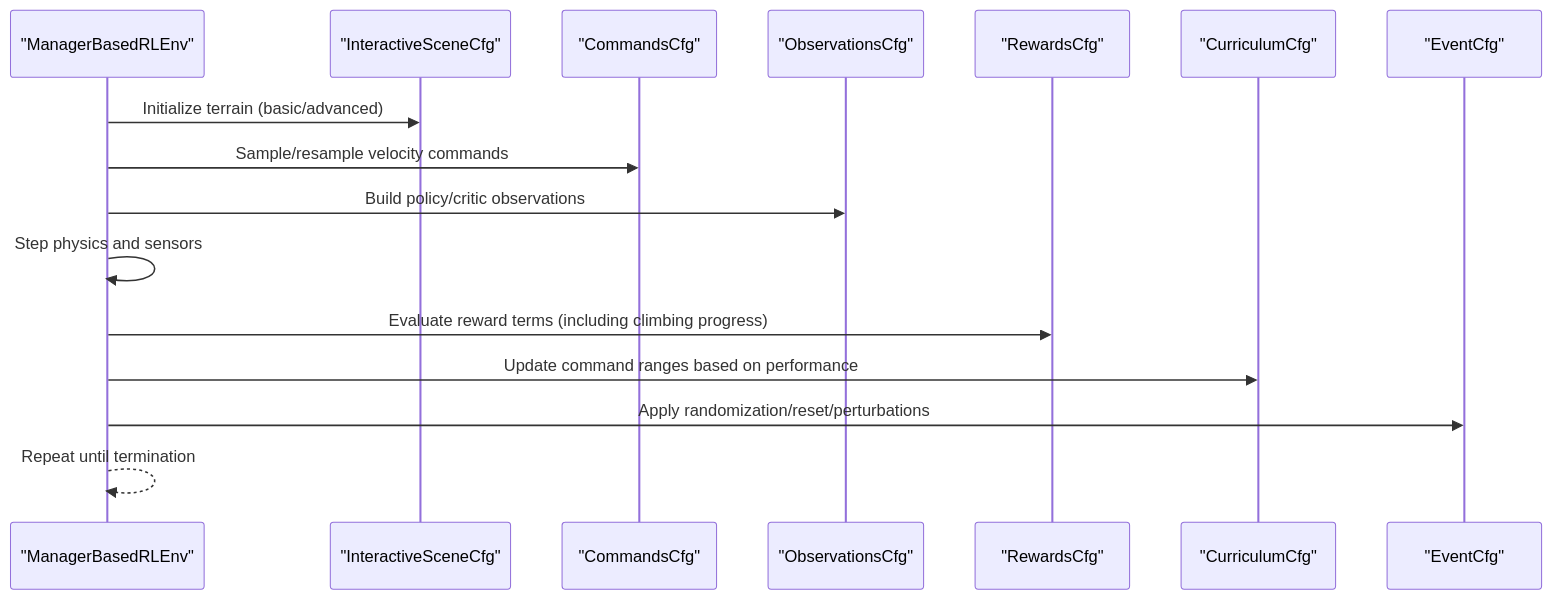
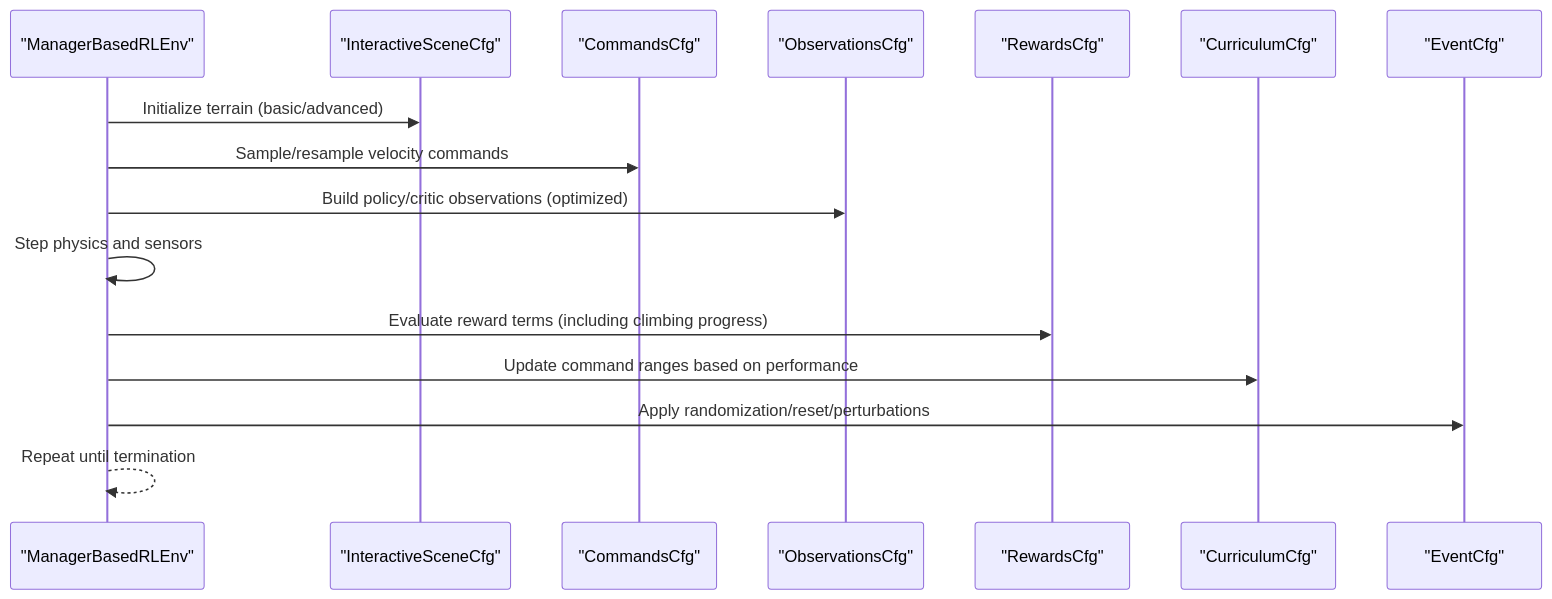
One commit to jayjayhust/robot_lab changed the second of 9 diagrams in .qoder/repowiki/en/content/Task Configuration Framework/Velocity-Based Locomotion Tasks/Velocity-Based Locomotion Tasks.md. Above: the diagram before and after it, drawn with Mermaid. The commit also changed other lines of this file and 27 other files, not shown here.

````diff
--- a/.qoder/repowiki/en/content/Task Configuration Framework/Velocity-Based Locomotion Tasks/Velocity-Based Locomotion Tasks.md
+++ b/.qoder/repowiki/en/content/Task Configuration Framework/Velocity-Based Locomotion Tasks/Velocity-Based Locomotion Tasks.md
@@ -131,18 +135,18 @@
 ```mermaid
 sequenceDiagram
 participant Env as "ManagerBasedRLEnv"
 participant Scene as "InteractiveSceneCfg"
 participant Cmd as "CommandsCfg"
 participant Obs as "ObservationsCfg"
 participant Rew as "RewardsCfg"
 participant Cur as "CurriculumCfg"
 participant Ev as "EventCfg"
 Env->>Scene : Initialize terrain (basic/advanced)
 Env->>Cmd : Sample/resample velocity commands
-Env->>Obs : Build policy/critic observations
+Env->>Obs : Build policy/critic observations (optimized)
 Env->>Env : Step physics and sensors
 Env->>Rew : Evaluate reward terms (including climbing progress)
 Env->>Cur : Update command ranges based on performance
 Env->>Ev : Apply randomization/reset/perturbations
 Env-->>Env : Repeat until termination
 ```
````
